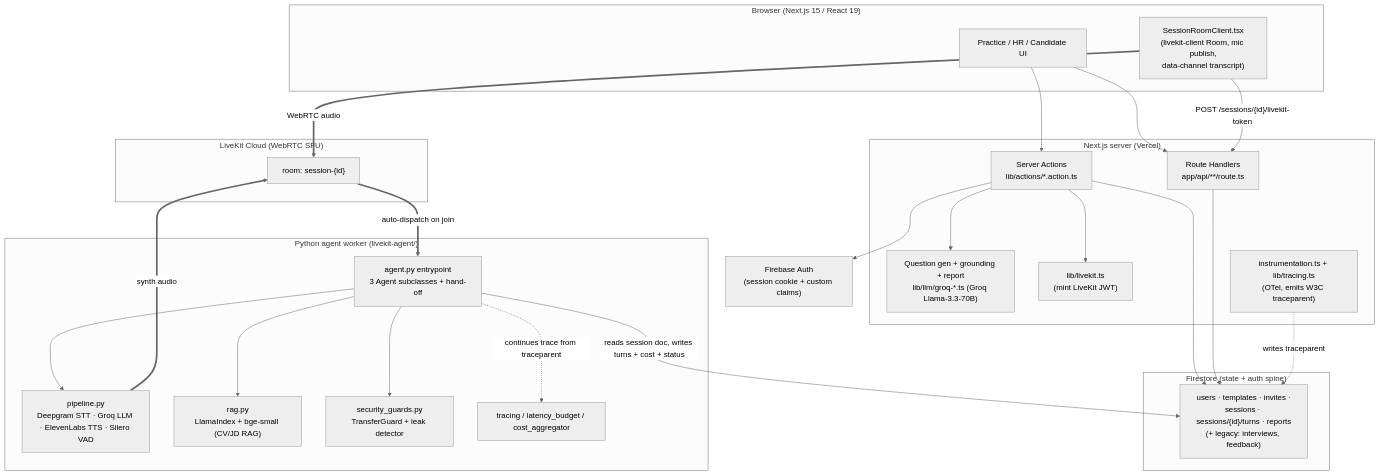
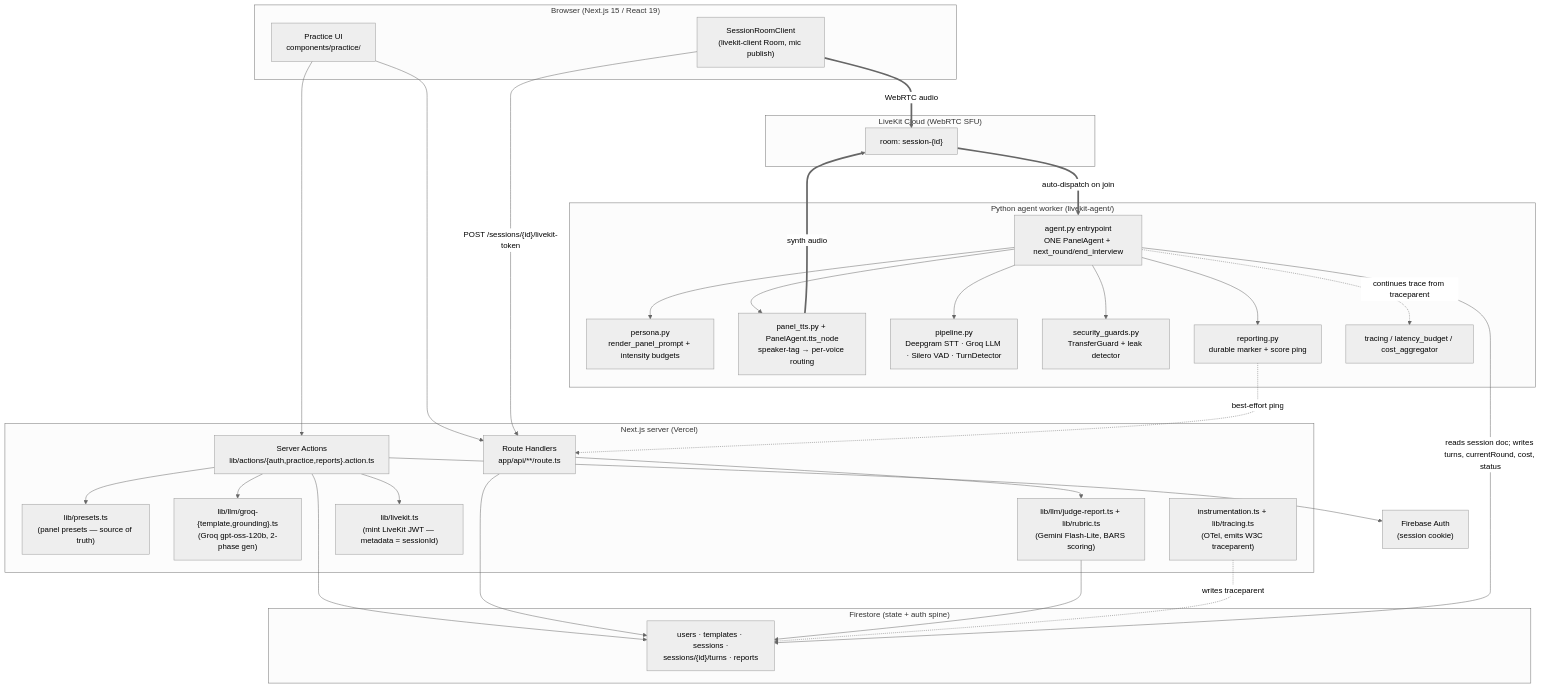
Before and after one commit to Anuragp22/interview-assistant: the first of 2 diagrams in docs/ARCHITECTURE.md, drawn with Mermaid (neutral theme). The commit also changed other lines of this file and 1 other file, not shown here.

First line of the commit message:
docs: rewrite architecture + decision log for the panel system

````diff
--- a/docs/ARCHITECTURE.md
+++ b/docs/ARCHITECTURE.md
@@ -35,51 +67,61 @@
 ```mermaid
 flowchart TB
     subgraph Browser["Browser (Next.js 15 / React 19)"]
-        UI["Practice / HR / Candidate UI"]
-        RC["SessionRoomClient.tsx<br/>(livekit-client Room, mic publish,<br/>data-channel transcript)"]
+        UI["Practice UI<br/>components/practice/"]
+        RC["SessionRoomClient<br/>(livekit-client Room, mic publish)"]
     end
 
     subgraph Next["Next.js server (Vercel)"]
-        SA["Server Actions<br/>lib/actions/*.action.ts"]
+        SA["Server Actions<br/>lib/actions/{auth,practice,reports}.action.ts"]
         API["Route Handlers<br/>app/api/**/route.ts"]
-        LLM["Question gen + grounding + report<br/>lib/llm/groq-*.ts (Groq Llama-3.3-70B)"]
-        JWT["lib/livekit.ts<br/>(mint LiveKit JWT)"]
+        PRESET["lib/presets.ts<br/>(panel presets — source of truth)"]
+        GEN["lib/llm/groq-{template,grounding}.ts<br/>(Groq gpt-oss-120b, 2-phase gen)"]
+        JUDGE["lib/llm/judge-report.ts + lib/rubric.ts<br/>(Gemini Flash-Lite, BARS scoring)"]
+        JWT["lib/livekit.ts<br/>(mint LiveKit JWT — metadata = sessionId)"]
         OTELW["instrumentation.ts + lib/tracing.ts<br/>(OTel, emits W3C traceparent)"]
     end
 
     subgraph FS["Firestore (state + auth spine)"]
-        DOCS["users · templates · invites ·<br/>sessions · sessions/{id}/turns · reports<br/>(+ legacy: interviews, feedback)"]
+        DOCS["users · templates · sessions ·<br/>sessions/{id}/turns · reports"]
     end
 
     subgraph LK["LiveKit Cloud (WebRTC SFU)"]
         ROOM["room: session-{id}"]
     end
 
     subgraph Agent["Python agent worker (livekit-agent/)"]
-        ENTRY["agent.py entrypoint<br/>3 Agent subclasses + hand-off"]
-        PIPE["pipeline.py<br/>Deepgram STT · Groq LLM · ElevenLabs TTS · Silero VAD"]
-        RAG["rag.py<br/>LlamaIndex + bge-small (CV/JD RAG)"]
+        ENTRY["agent.py entrypoint<br/>ONE PanelAgent + next_round/end_interview"]
+        PERSONA["persona.py<br/>render_panel_prompt + intensity budgets"]
+        TTSN["panel_tts.py + PanelAgent.tts_node<br/>speaker-tag → per-voice routing"]
+        PIPE["pipeline.py<br/>Deepgram STT · Groq LLM · Silero VAD · TurnDetector"]
         GUARD["security_guards.py<br/>TransferGuard + leak detector"]
+        REP["reporting.py<br/>durable marker + score ping"]
         OBS["tracing / latency_budget / cost_aggregator"]
     end
 
-    Firebase["Firebase Auth<br/>(session cookie + custom claims)"]
+    Firebase["Firebase Auth<br/>(session cookie)"]
 
     UI --> SA
     UI --> API
-    SA --> LLM
+    SA --> PRESET
+    SA --> GEN
     SA --> JWT
     SA --> Firebase
     SA --> DOCS
     API --> DOCS
+    API --> JUDGE
+    JUDGE --> DOCS
     OTELW -. writes traceparent .-> DOCS
     RC -- "POST /sessions/{id}/livekit-token" --> API
     RC == "WebRTC audio" ==> ROOM
     ROOM == "auto-dispatch on join" ==> ENTRY
+    ENTRY --> PERSONA
     ENTRY --> PIPE
-    ENTRY --> RAG
+    ENTRY --> TTSN
     ENTRY --> GUARD
-    ENTRY -- "reads session doc, writes turns + cost + status" --> DOCS
-    PIPE == "synth audio" ==> ROOM
+    ENTRY --> REP
+    ENTRY -- "reads session doc; writes turns, currentRound, cost, status" --> DOCS
+    TTSN == "synth audio" ==> ROOM
+    REP -. "best-effort ping" .-> API
     ENTRY -. "continues trace from traceparent" .-> OBS
 ```
````
